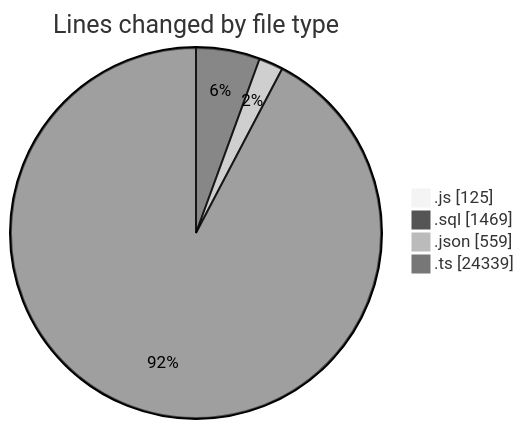
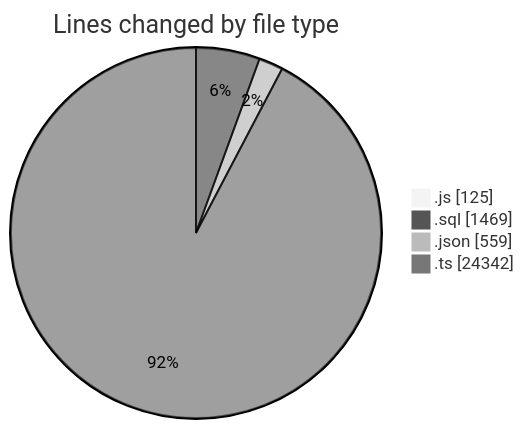
Before and after one commit to momahboobian/code-tracking: the first of 2 diagrams in 2026-05-20/cda/README.md, drawn with Mermaid (neutral theme). The commit also changed other lines of this file and 1 other file, not shown here.

````diff
--- a/2026-05-20/cda/README.md
+++ b/2026-05-20/cda/README.md
@@ -35,8 +35,8 @@
 ```mermaid
 pie showData
 title Lines changed by file type
 ".js" : 125
 ".sql" : 1469
 ".json" : 559
-".ts" : 24339
+".ts" : 24342
 ```
````
